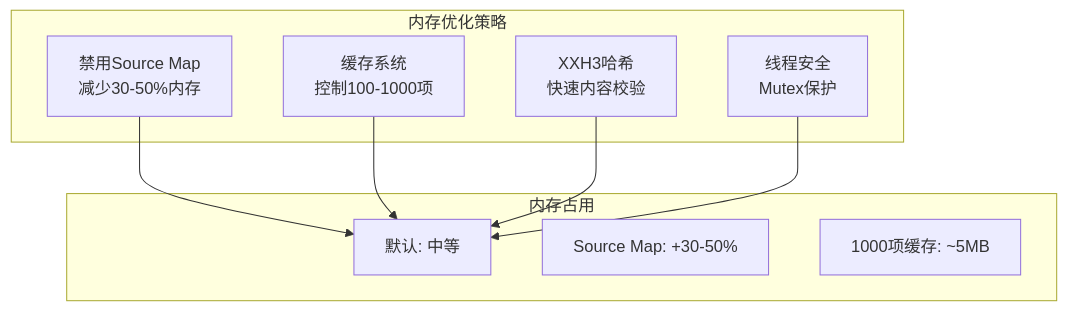
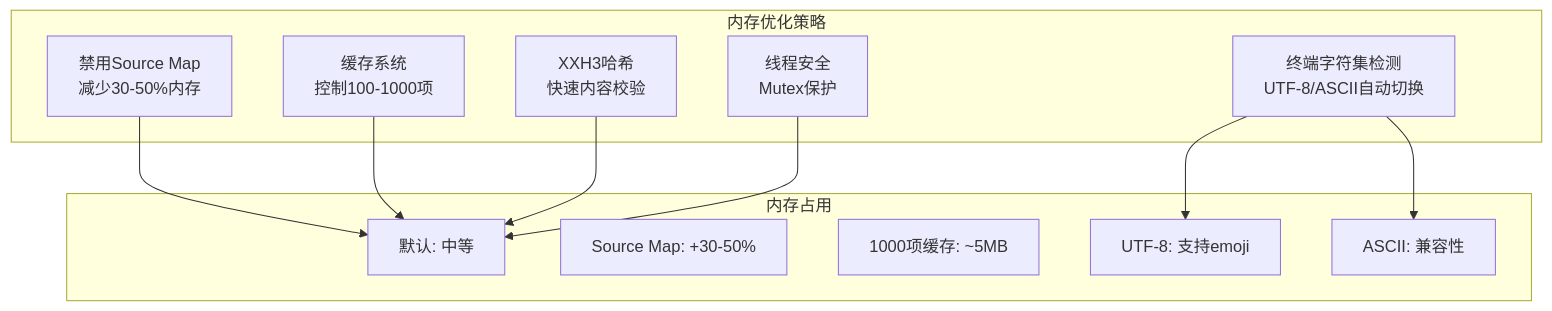
One commit to itszzl-sudo/iris changed diagram 13 of 14 in .qoder/repowiki/zh/content/技术架构详解/即时转译系统/SFC编译器初始化机制/SFC集成示例.md. Above: the diagram before and after it, drawn with Mermaid. The commit also changed other lines of this file and 7 other files, not shown here.

````diff
--- a/.qoder/repowiki/zh/content/技术架构详解/即时转译系统/SFC编译器初始化机制/SFC集成示例.md
+++ b/.qoder/repowiki/zh/content/技术架构详解/即时转译系统/SFC编译器初始化机制/SFC集成示例.md
@@ -499,18 +553,21 @@
 ```mermaid
 graph TB
 subgraph "内存优化策略"
 DISABLE[禁用Source Map<br/>减少30-50%内存]
 CACHE[缓存系统<br/>控制100-1000项]
 HASH[XXH3哈希<br/>快速内容校验]
 THREAD[线程安全<br/>Mutex保护]
+ENDERTER[终端字符集检测<br/>UTF-8/ASCII自动切换]
 end
 subgraph "内存占用"
 DEFAULT[默认: 中等]
 SM_ENABLED[Source Map: +30-50%]
 LARGE_CACHE[1000项缓存: ~5MB]
+ENDERTER --> UTF8[UTF-8: 支持emoji]
+ENDERTER --> ASCII[ASCII: 兼容性]
 end
 DISABLE --> DEFAULT
 CACHE --> DEFAULT
 HASH --> DEFAULT
 THREAD --> DEFAULT
 ```
````
